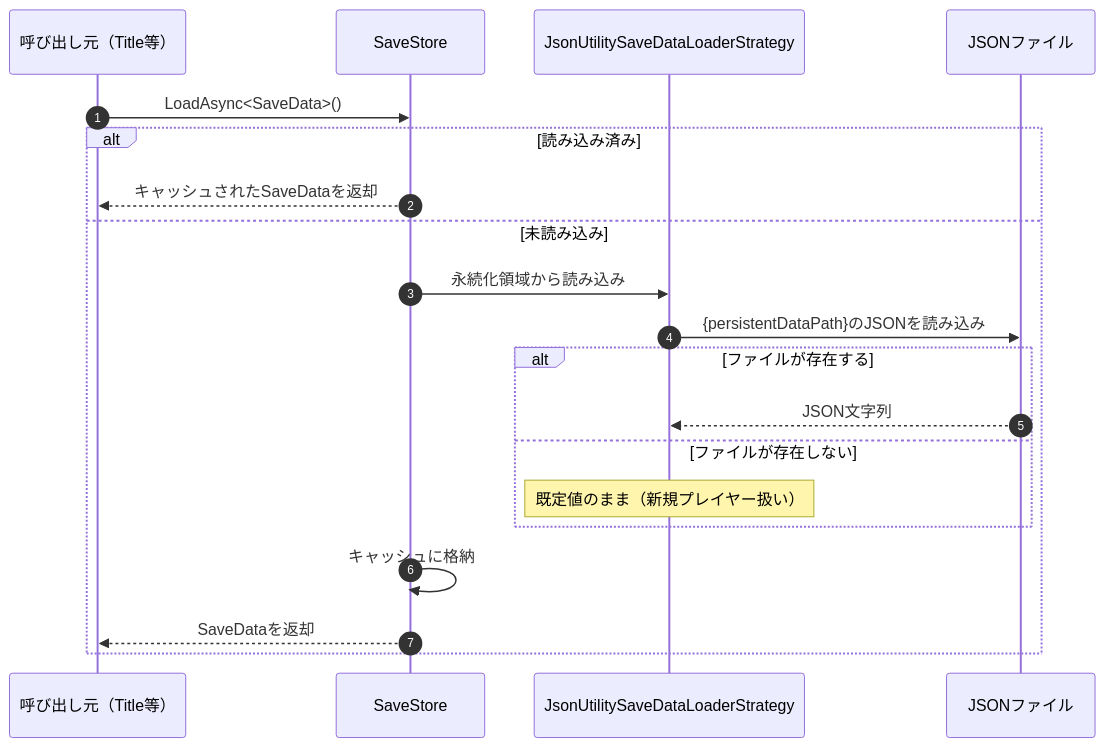
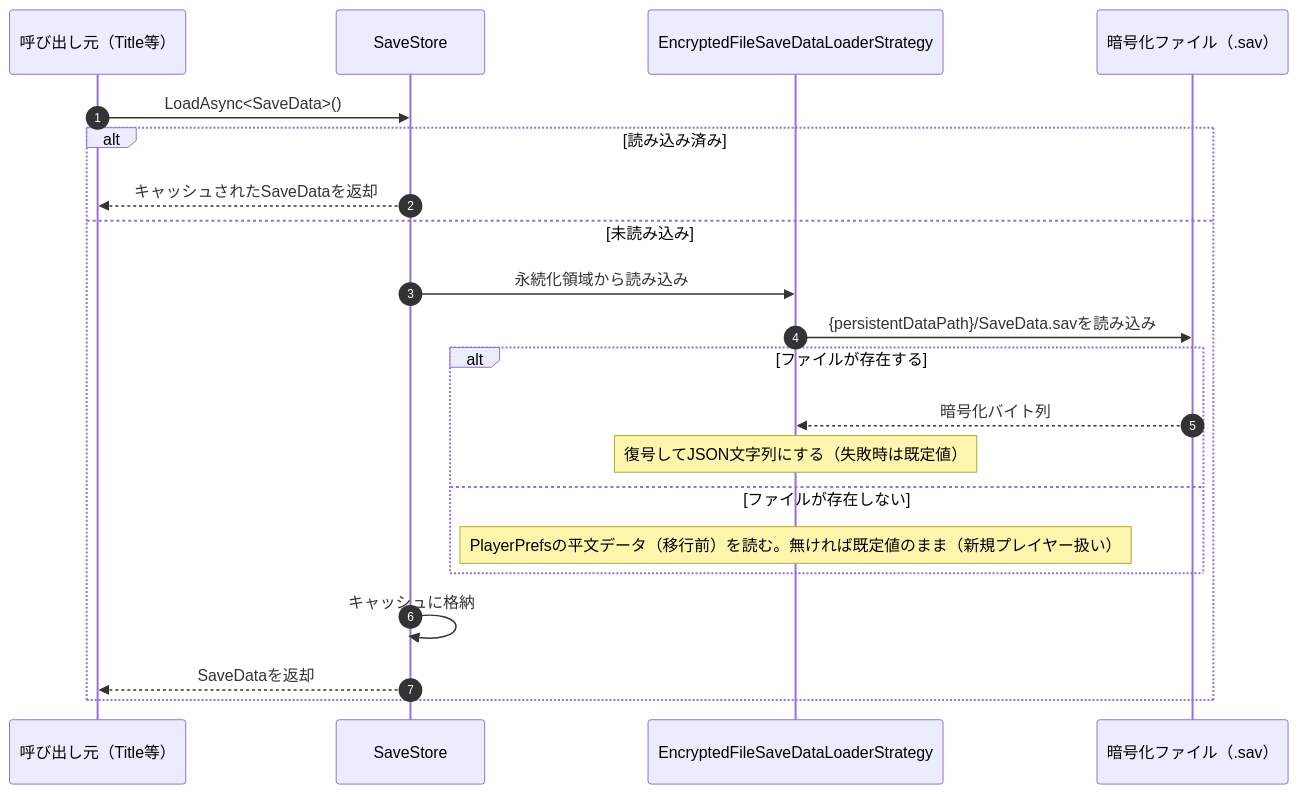
Before and after one commit to HIBIKI5201/SymphonyKillChord: the second of 3 diagrams in Assets/Docs/ScriptsDocs/Modules/NotionModuleDocs/Savedata.md, drawn with Mermaid. The commit also changed other lines of this file and 5 other files, not shown here.

````diff
--- a/Assets/Docs/ScriptsDocs/Modules/NotionModuleDocs/Savedata.md
+++ b/Assets/Docs/ScriptsDocs/Modules/NotionModuleDocs/Savedata.md
@@ -130,23 +131,24 @@
 ```mermaid
 sequenceDiagram
     autonumber
     participant Caller as 呼び出し元（Title等）
     participant Store as SaveStore
-    participant Loader as JsonUtilitySaveDataLoaderStrategy
-    participant File as JSONファイル
+    participant Loader as EncryptedFileSaveDataLoaderStrategy
+    participant File as 暗号化ファイル（.sav）
 
     Caller ->> Store: LoadAsync<SaveData>()
     alt 読み込み済み
         Store -->> Caller: キャッシュされたSaveDataを返却
     else 未読み込み
         Store ->> Loader: 永続化領域から読み込み
-        Loader ->> File: {persistentDataPath}のJSONを読み込み
+        Loader ->> File: {persistentDataPath}/SaveData.savを読み込み
         alt ファイルが存在する
-            File -->> Loader: JSON文字列
+            File -->> Loader: 暗号化バイト列
+            Note over Loader: 復号してJSON文字列にする（失敗時は既定値）
         else ファイルが存在しない
-            Note over Loader: 既定値のまま（新規プレイヤー扱い）
+            Note over Loader: PlayerPrefsの平文データ（移行前）を読む。無ければ既定値のまま（新規プレイヤー扱い）
         end
         Store ->> Store: キャッシュに格納
         Store -->> Caller: SaveDataを返却
     end
 ```
````
